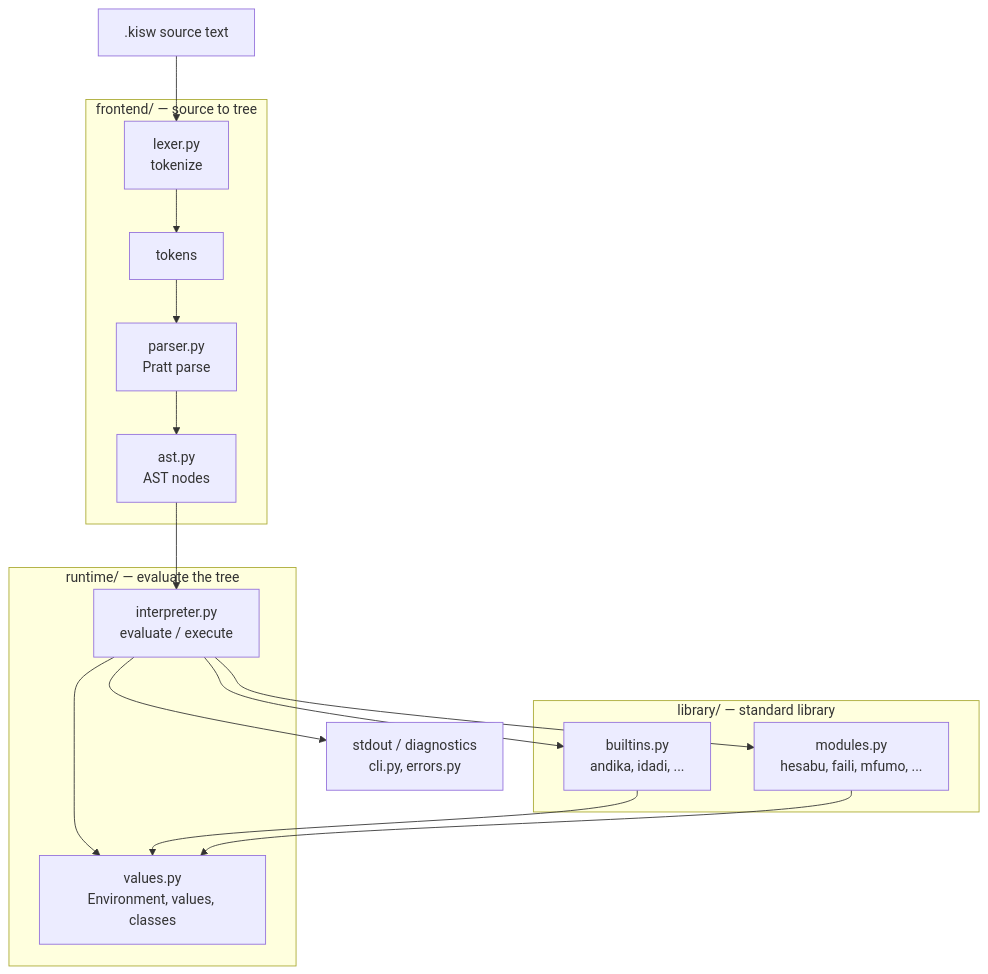
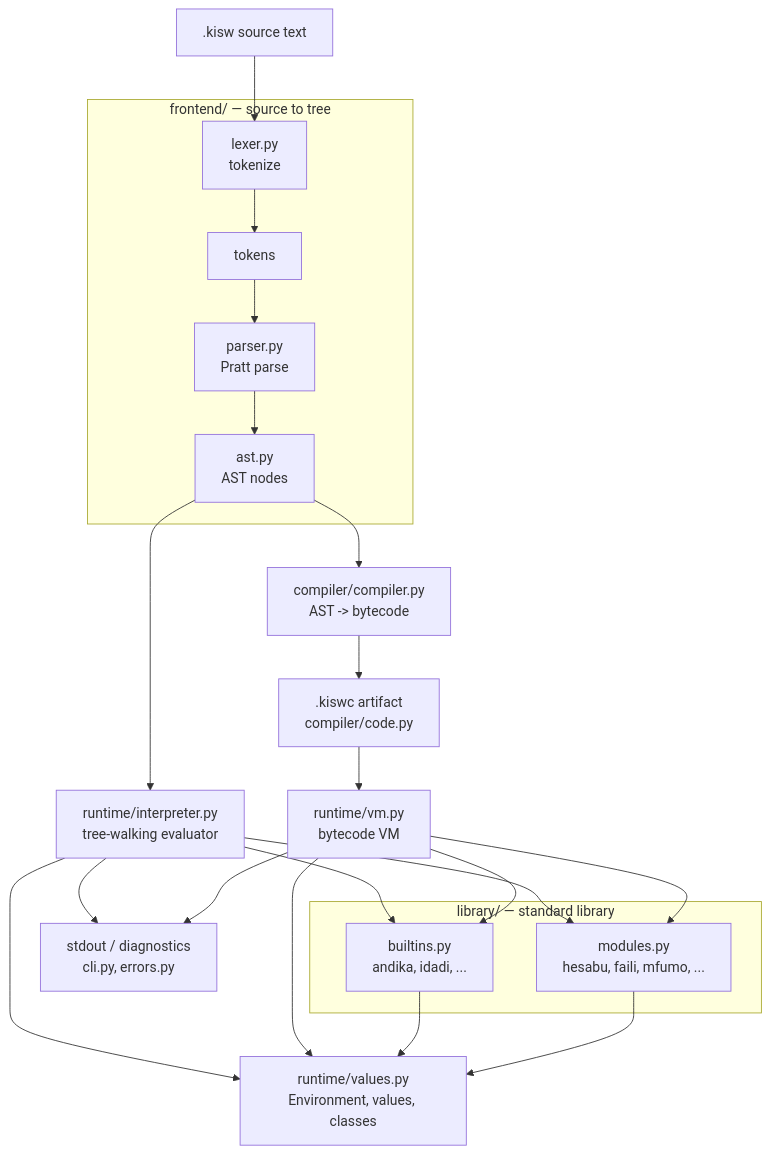
Before and after one commit to Daniell22-dot/Swahili: the first of 2 diagrams in docs/architecture.md, drawn with Mermaid. The commit also changed other lines of this file and 2 other files, not shown here.

Commit message:
Update the architecture and specs

````diff
--- a/docs/architecture.md
+++ b/docs/architecture.md
@@ -6,33 +8,39 @@
 ```mermaid
 flowchart TD
     src[".kisw source text"]
 
     subgraph frontend["frontend/ — source to tree"]
         lex["lexer.py<br/>tokenize"]
         tok["tokens"]
         par["parser.py<br/>Pratt parse"]
         ast["ast.py<br/>AST nodes"]
         lex --> tok --> par --> ast
     end
 
-    subgraph runtime["runtime/ — evaluate the tree"]
-        interp["interpreter.py<br/>evaluate / execute"]
-        vals["values.py<br/>Environment, values, classes"]
-    end
+    interp["runtime/interpreter.py<br/>tree-walking evaluator"]
+    compiler["compiler/compiler.py<br/>AST -> bytecode"]
+    artifact[".kiswc artifact<br/>compiler/code.py"]
+    vm["runtime/vm.py<br/>bytecode VM"]
+    vals["runtime/values.py<br/>Environment, values, classes"]
 
     subgraph library["library/ — standard library"]
         bi["builtins.py<br/>andika, idadi, ..."]
         mods["modules.py<br/>hesabu, faili, mfumo, ..."]
     end
 
     out["stdout / diagnostics<br/>cli.py, errors.py"]
 
     src --> lex
     ast --> interp
+    ast --> compiler --> artifact --> vm
     interp --> vals
+    vm --> vals
     interp --> bi
+    vm --> bi
     interp --> mods
+    vm --> mods
     bi --> vals
     mods --> vals
     interp --> out
+    vm --> out
 ```
````
